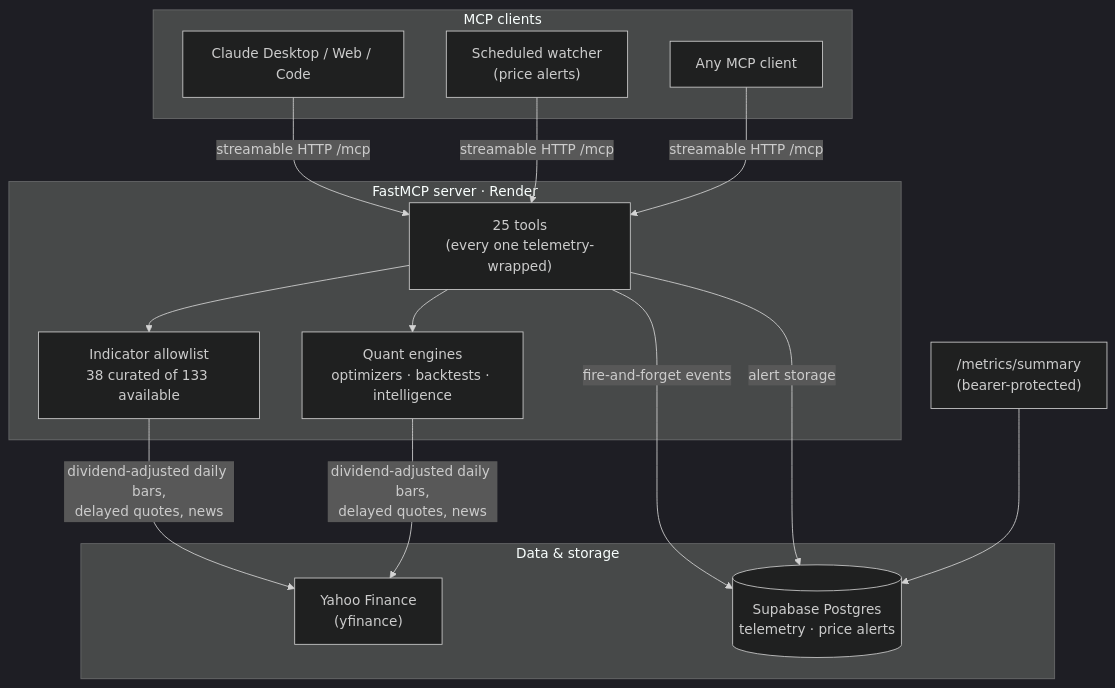
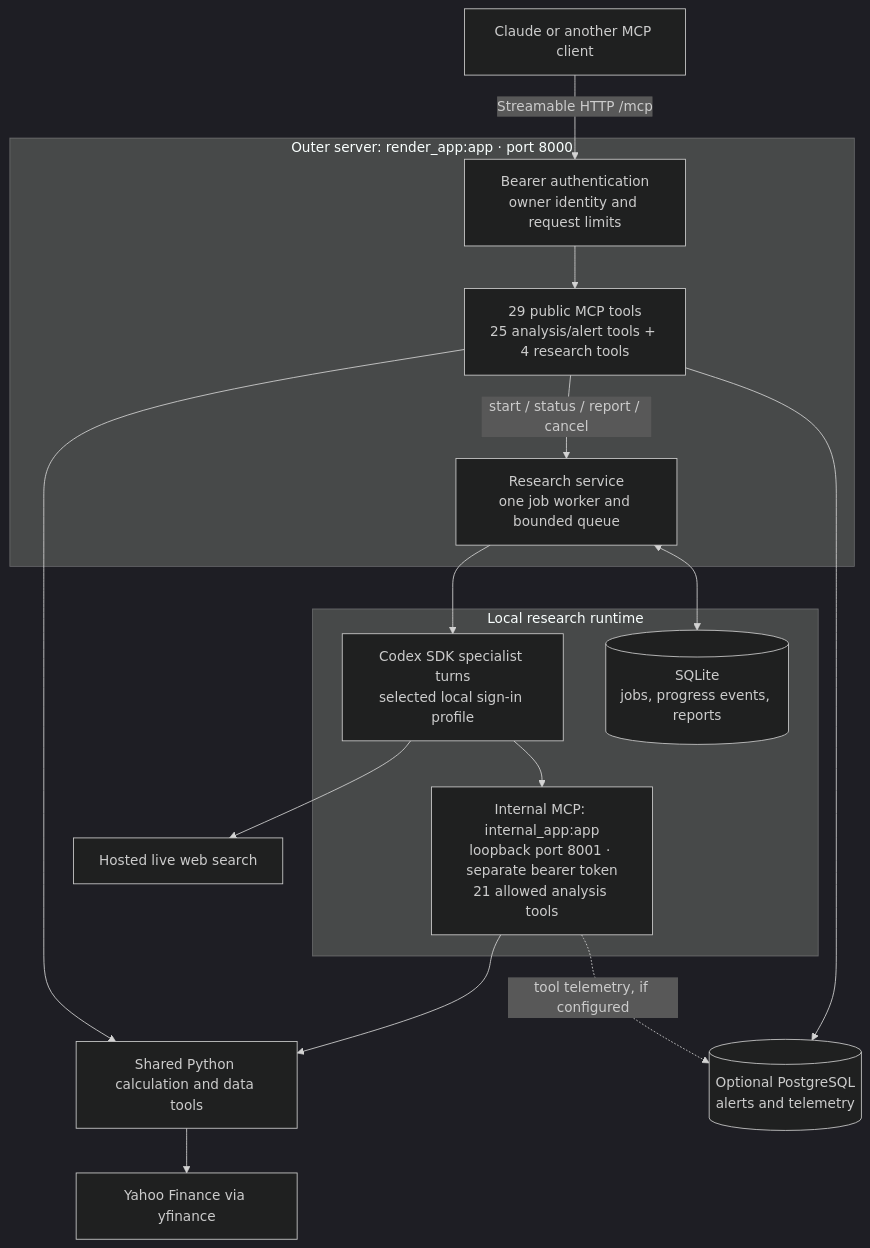
One commit to paarths-collab/quant-brain-mcp changed the first of 4 diagrams in docs/architecture.md. Above: the diagram before and after it, drawn with Mermaid (dark theme). The commit also changed other lines of this file and 8 other files, not shown here.

Commit message:
Document research architecture, workflows, and Claude setup

````diff
--- a/docs/architecture.md
+++ b/docs/architecture.md
@@ -7,26 +9,30 @@
 ```mermaid
 flowchart TB
-    subgraph clients["MCP clients"]
-        CD["Claude Desktop / Web / Code"]
-        W["Scheduled watcher<br/>(price alerts)"]
-        O["Any MCP client"]
+    Client["Claude or another MCP client"]
+    subgraph Outer["Outer server: render_app:app · port 8000"]
+        Auth["Bearer authentication<br/>owner identity and request limits"]
+        Public["29 public MCP tools<br/>25 analysis/alert tools + 4 research tools"]
+        Jobs["Research service<br/>one job worker and bounded queue"]
     end
-
-    subgraph server["FastMCP server · Render"]
-        T["25 tools<br/>(every one telemetry-wrapped)"]
-        REG["Indicator allowlist<br/>38 curated of 133 available"]
-        Q["Quant engines<br/>optimizers · backtests · intelligence"]
+    subgraph Local["Local research runtime"]
+        Codex["Codex SDK specialist turns<br/>selected local sign-in profile"]
+        Internal["Internal MCP: internal_app:app<br/>loopback port 8001 · separate bearer token<br/>21 allowed analysis tools"]
+        SQLite[("SQLite<br/>jobs, progress events, reports")]
     end
-
-    subgraph data["Data & storage"]
-        Y["Yahoo Finance<br/>(yfinance)"]
-        PG[("Supabase Postgres<br/>telemetry · price alerts")]
-    end
-
-    CD & W & O -->|streamable HTTP /mcp| T
-    T --> REG & Q
-    REG & Q -->|"dividend-adjusted daily bars,<br/>delayed quotes, news"| Y
-    T -->|"fire-and-forget events"| PG
-    T -->|"alert storage"| PG
-    M["/metrics/summary<br/>(bearer-protected)"] --> PG
+    Calc["Shared Python calculation and data tools"]
+    Yahoo["Yahoo Finance via yfinance"]
+    Search["Hosted live web search"]
+    PG[("Optional PostgreSQL<br/>alerts and telemetry")]
+    Client -->|"Streamable HTTP /mcp"| Auth
+    Auth --> Public
+    Public -->|"start / status / report / cancel"| Jobs
+    Jobs <--> SQLite
+    Jobs --> Codex
+    Codex --> Search
+    Codex --> Internal
+    Internal --> Calc
+    Public --> Calc
+    Calc --> Yahoo
+    Public --> PG
+    Internal -. "tool telemetry, if configured" .-> PG
 ```
````
